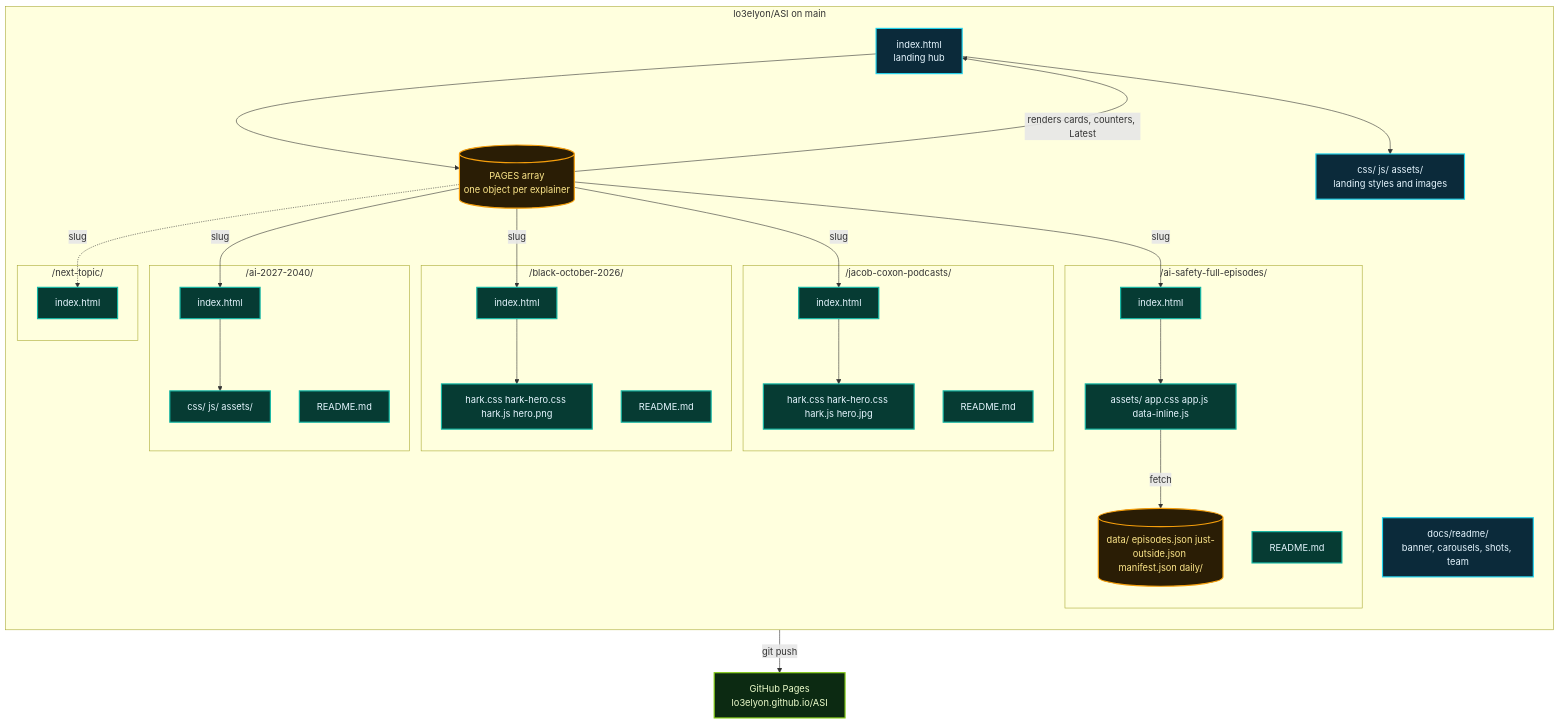
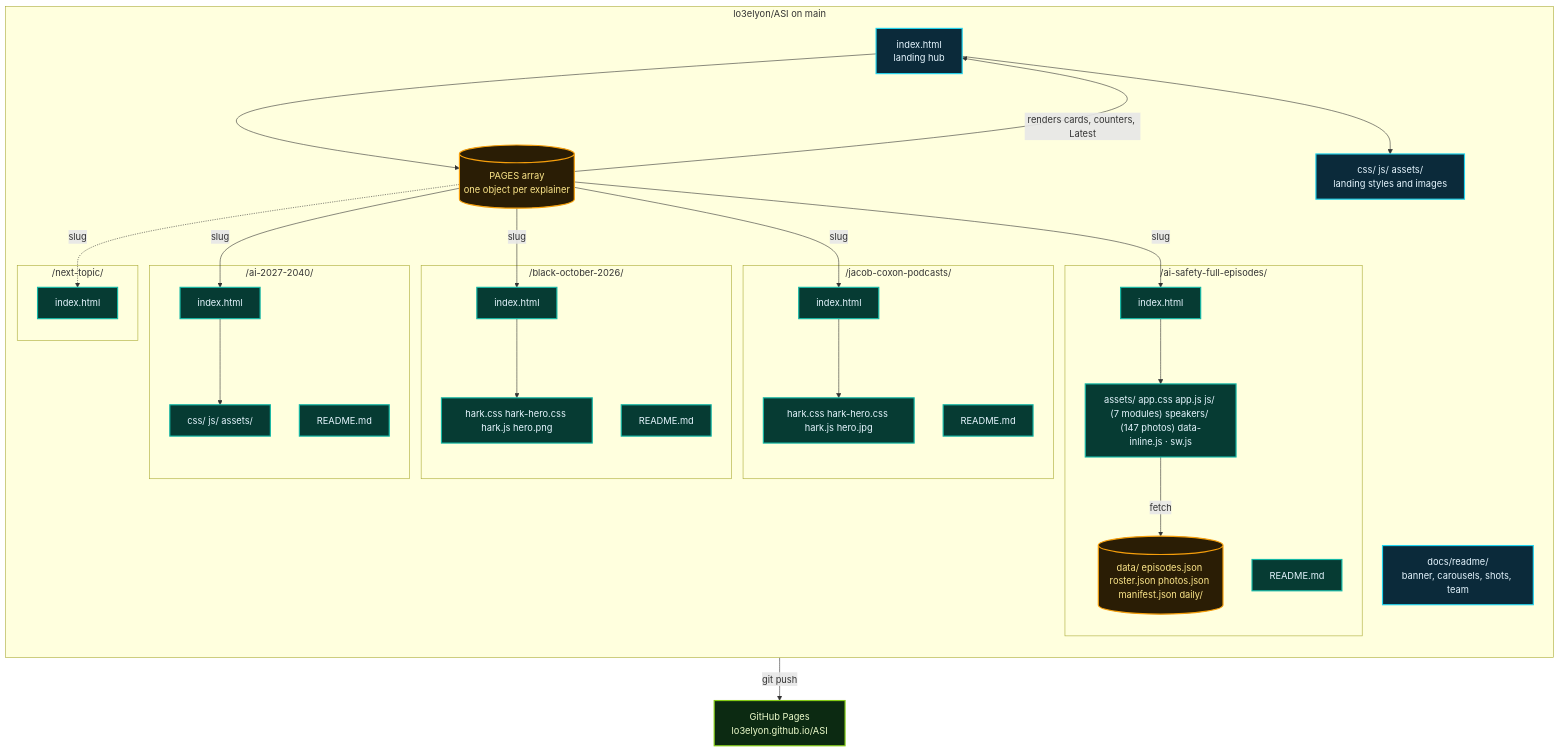
Before and after one commit to lo3elyon/ASI: the tenth of 12 diagrams in README.md, drawn with Mermaid. The commit also changed other lines of this file, not shown here.

Commit message:
ai-safety-full-episodes v2: README.md

````diff
--- a/README.md
+++ b/README.md
@@ -726,57 +728,57 @@
 ```mermaid
 flowchart TB
     subgraph REPO["lo3elyon/ASI on main"]
         direction TB
         ROOT["index.html<br/>landing hub"]
         PAGES[("PAGES array<br/>one object per explainer")]
         RA["css/ js/ assets/<br/>landing styles and images"]
         subgraph R1["/ai-2027-2040/"]
             I1["index.html"]
             A1["css/ js/ assets/"]
             RM1["README.md"]
         end
         subgraph R2["/black-october-2026/"]
             I2["index.html"]
             A2["hark.css hark-hero.css hark.js hero.png"]
             RM2["README.md"]
         end
         subgraph R3["/jacob-coxon-podcasts/"]
             I3["index.html"]
             A3["hark.css hark-hero.css hark.js hero.jpg"]
             RM3["README.md"]
         end
         subgraph R4["/ai-safety-full-episodes/"]
             I4["index.html"]
-            A4["assets/ app.css app.js data-inline.js"]
-            D4[("data/ episodes.json just-outside.json manifest.json daily/")]
+            A4["assets/ app.css app.js js/ (7 modules) speakers/ (147 photos) data-inline.js · sw.js"]
+            D4[("data/ episodes.json roster.json photos.json manifest.json daily/")]
             RM4["README.md"]
         end
         subgraph RN["/next-topic/"]
             IN["index.html"]
         end
         DOCS["docs/readme/<br/>banner, carousels, shots, team"]
     end
     ROOT --> PAGES
     PAGES -->|"renders cards, counters, Latest"| ROOT
     ROOT --> RA
     PAGES -->|"slug"| I1
     PAGES -->|"slug"| I2
     I2 --> A2
     PAGES -->|"slug"| I3
     I3 --> A3
     PAGES -->|"slug"| I4
     I4 --> A4
     A4 -->|"fetch"| D4
     PAGES -.->|"slug"| IN
     I1 --> A1
     REPO -->|"git push"| GH["GitHub Pages<br/>lo3elyon.github.io/ASI"]
     classDef hub fill:#0b2a3a,stroke:#22d3ee,stroke-width:2px,color:#e6f6ff
     classDef data fill:#2a1d05,stroke:#f59e0b,stroke-width:2px,color:#fde68a
     classDef page fill:#063b33,stroke:#14b8a6,stroke-width:2px,color:#e6f6ff
     classDef deploy fill:#0c2a12,stroke:#84cc16,stroke-width:2px,color:#ecfccb
     class ROOT,RA,DOCS hub
     class PAGES data
     class I1,A1,RM1,I2,A2,RM2,I3,A3,RM3,I4,A4,RM4,IN page
     class D4 data
     class GH deploy
 ```
````
